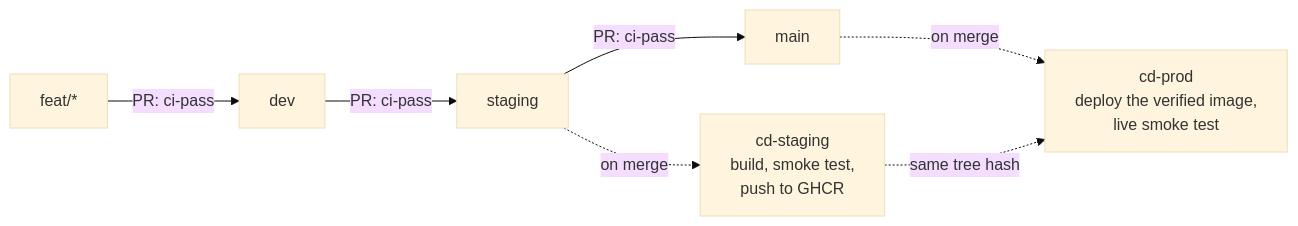
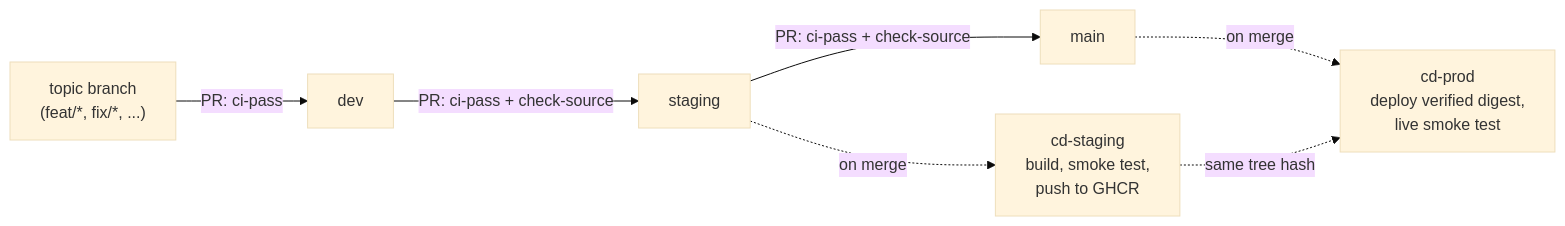
The second of 2 diagrams in README.md (ChenAuCarre/enercast-mlops), drawn with Mermaid (base theme) before and after one commit. The commit also changed other lines of this file and 5 other files, not shown here.

````diff
--- a/README.md
+++ b/README.md
@@ -52,9 +69,9 @@
 ```mermaid
 flowchart LR
-    F["feat/*"] -- "PR: ci-pass" --> DEV["dev"]
-    DEV -- "PR: ci-pass" --> STG["staging"]
-    STG -- "PR: ci-pass" --> MAIN["main"]
+    F["topic branch<br/>(feat/*, fix/*, ...)"] -- "PR: ci-pass" --> DEV["dev"]
+    DEV -- "PR: ci-pass + check-source" --> STG["staging"]
+    STG -- "PR: ci-pass + check-source" --> MAIN["main"]
     STG -. "on merge" .-> CDS["cd-staging<br/>build, smoke test,<br/>push to GHCR"]
-    MAIN -. "on merge" .-> CDP["cd-prod<br/>deploy the verified image,<br/>live smoke test"]
+    MAIN -. "on merge" .-> CDP["cd-prod<br/>deploy verified digest,<br/>live smoke test"]
     CDS -. "same tree hash" .-> CDP
 ```
````
